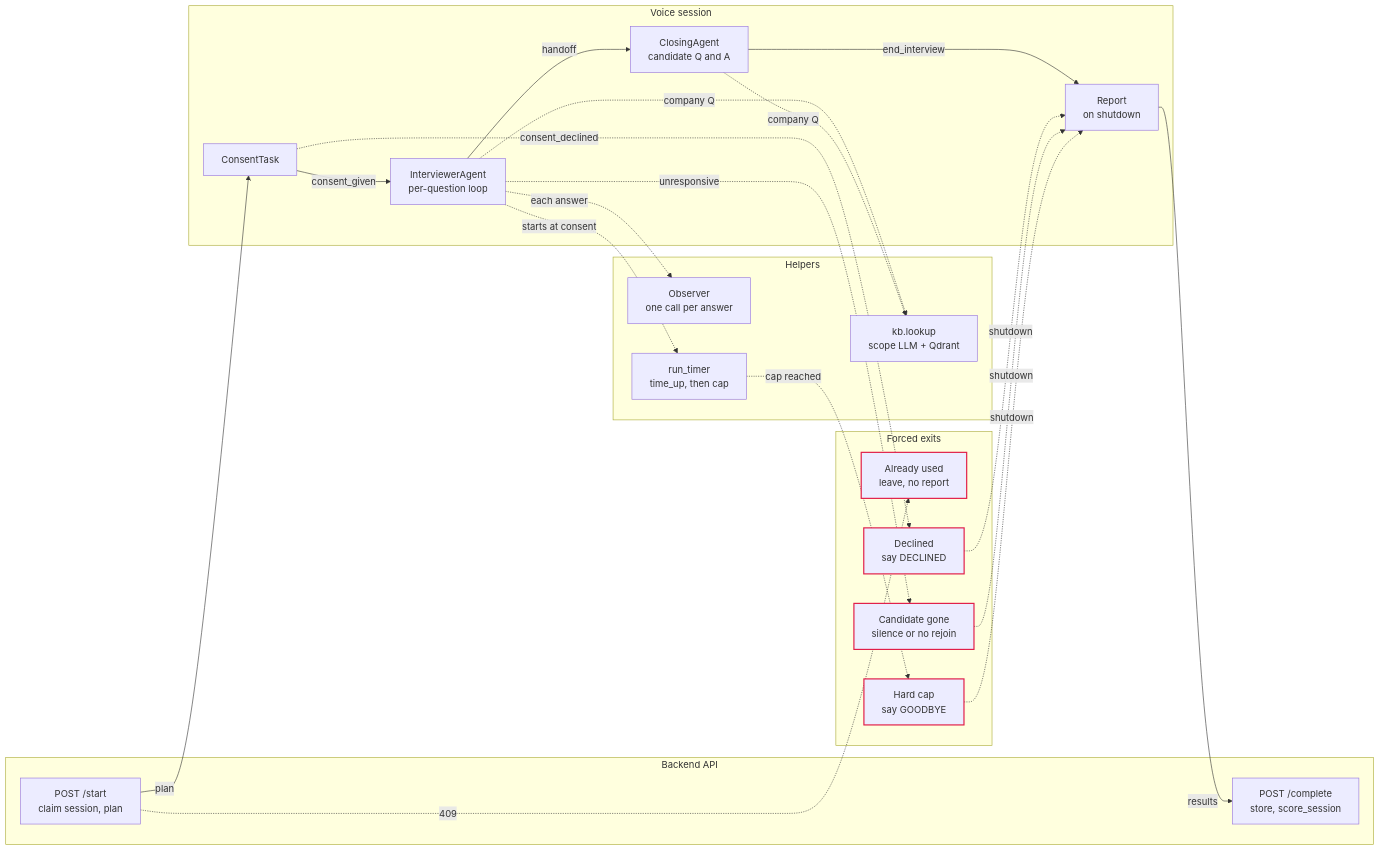
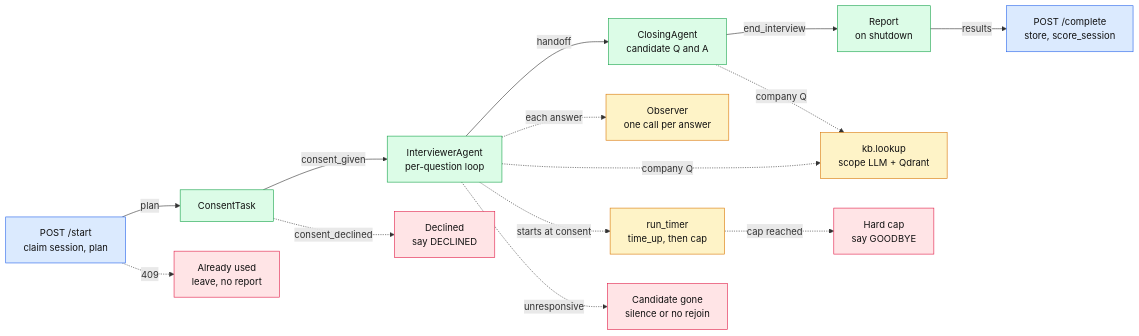
One commit to Debraj-Kundu/GURU-AI-INTERVIEWER changed the diagram in docs/architecture/agents.mmd. Above: the diagram before and after it, drawn with Mermaid. The commit also changed 47 other files, not shown here.

```diff
--- a/docs/architecture/agents.mmd
+++ b/docs/architecture/agents.mmd
@@ -1,40 +1,27 @@
 %% Agent architecture. Mermaid copy of agents.workflow.json (interactive: agents.html)
+%% Blue: backend API. Green: voice session. Amber: helpers. Red: forced exits.
 flowchart LR
-  subgraph api["Backend API"]
-    start["POST /start<br/>claim session, plan"]
-    complete["POST /complete<br/>store, score_session"]
-  end
+  start["POST /start<br/>claim session, plan"] -->|plan| consent["ConsentTask"]
+  consent -->|consent_given| interviewer["InterviewerAgent<br/>per-question loop"]
+  interviewer -->|handoff| closing["ClosingAgent<br/>candidate Q and A"]
+  closing -->|end_interview| report["Report<br/>on shutdown"]
+  report -->|results| complete["POST /complete<br/>store, score_session"]
 
-  subgraph helpers["Helpers"]
-    observer["Observer<br/>one call per answer"]
-    lookup["kb.lookup<br/>scope LLM + Qdrant"]
-    timer["run_timer<br/>time_up, then cap"]
-  end
+  interviewer -.->|each answer| observer["Observer<br/>one call per answer"]
+  interviewer -.->|company Q| lookup["kb.lookup<br/>scope LLM + Qdrant"]
+  closing -.->|company Q| lookup
+  interviewer -.->|starts at consent| timer["run_timer<br/>time_up, then cap"]
 
-  subgraph live["Voice session"]
-    consent["ConsentTask"] -->|consent_given| interviewer["InterviewerAgent<br/>per-question loop"]
-    interviewer -->|handoff| closing["ClosingAgent<br/>candidate Q and A"]
-    closing -->|end_interview| report["Report<br/>on shutdown"]
-  end
+  start -.->|409| used["Already used<br/>leave, no report"]
+  consent -.->|consent_declined| declined["Declined<br/>say DECLINED"]
+  interviewer -.->|unresponsive| gone["Candidate gone<br/>silence or no rejoin"]
+  timer -.->|cap reached| cap["Hard cap<br/>say GOODBYE"]
 
-  subgraph exits["Forced exits"]
-    used["Already used<br/>leave, no report"]
-    declined["Declined<br/>say DECLINED"]
-    gone["Candidate gone<br/>silence or no rejoin"]
-    cap["Hard cap<br/>say GOODBYE"]
-  end
-
-  start -->|plan| consent
-  report -->|results| complete
-  interviewer -.->|each answer| observer
-  interviewer -.->|company Q| lookup
-  closing -.->|company Q| lookup
-  interviewer -.->|starts at consent| timer
-  start -.->|409| used
-  consent -.->|consent_declined| declined
-  interviewer -.->|unresponsive| gone
-  timer -.->|cap reached| cap
-  declined & gone & cap -.->|shutdown| report
-
-  classDef exit stroke:#e11d48,stroke-width:2px
+  classDef api fill:#dbeafe,stroke:#2563eb,color:#111
+  classDef live fill:#dcfce7,stroke:#16a34a,color:#111
+  classDef helper fill:#fef3c7,stroke:#d97706,color:#111
+  classDef exit fill:#ffe4e6,stroke:#e11d48,color:#111
+  class start,complete api
+  class consent,interviewer,closing,report live
+  class observer,lookup,timer helper
   class used,declined,gone,cap exit
```
